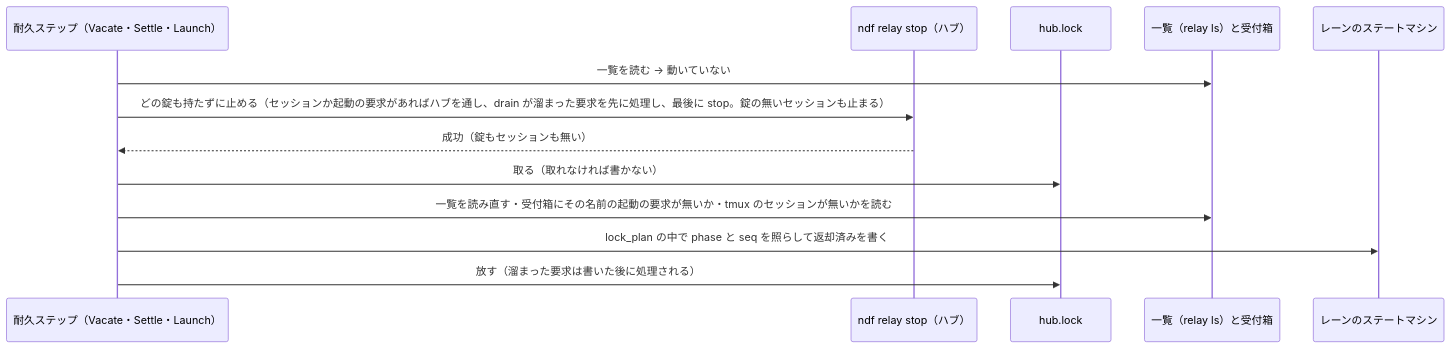
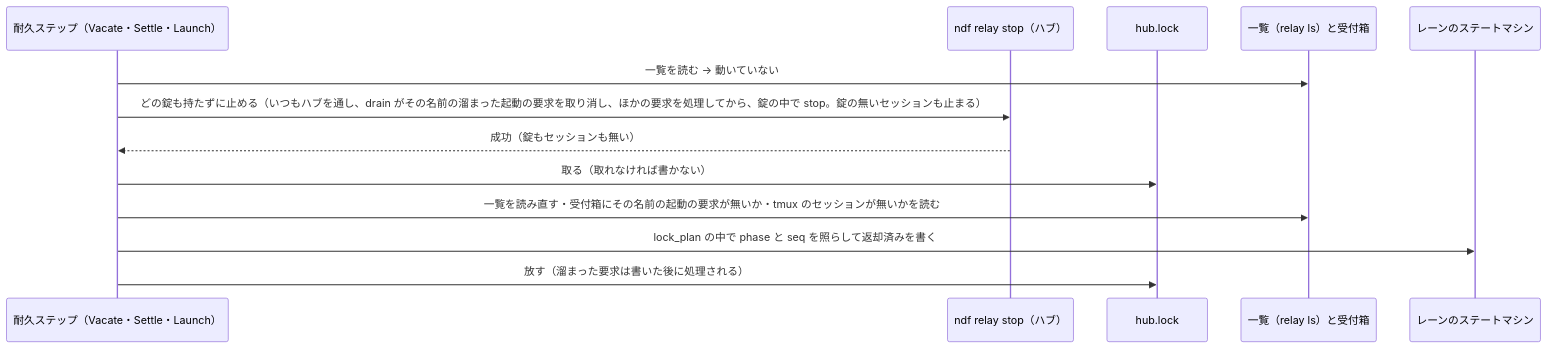
One commit to devbasex/ai-plugins changed the second of 2 diagrams in issues/issue-4110-design.md. Above: the diagram before and after it, drawn with Mermaid. The commit also changed other lines of this file and 1 other file, not shown here.

````diff
--- a/issues/issue-4110-design.md
+++ b/issues/issue-4110-design.md
@@ -49,15 +49,15 @@
 ```mermaid
 sequenceDiagram
   participant WF as 耐久ステップ（Vacate・Settle・Launch）
   participant RL as ndf relay stop（ハブ）
   participant HL as hub.lock
   participant LS as 一覧（relay ls）と受付箱
   participant DB as レーンのステートマシン
   WF->>LS: 一覧を読む → 動いていない
-  WF->>RL: どの錠も持たずに止める（セッションか起動の要求があればハブを通し、drain が溜まった要求を先に処理し、最後に stop。錠の無いセッションも止まる）
+  WF->>RL: どの錠も持たずに止める（いつもハブを通し、drain がその名前の溜まった起動の要求を取り消し、ほかの要求を処理してから、錠の中で stop。錠の無いセッションも止まる）
   RL-->>WF: 成功（錠もセッションも無い）
   WF->>HL: 取る（取れなければ書かない）
   WF->>LS: 一覧を読み直す・受付箱にその名前の起動の要求が無いか・tmux のセッションが無いかを読む
   WF->>DB: lock_plan の中で phase と seq を照らして返却済みを書く
   WF->>HL: 放す（溜まった要求は書いた後に処理される）
 ```
````
